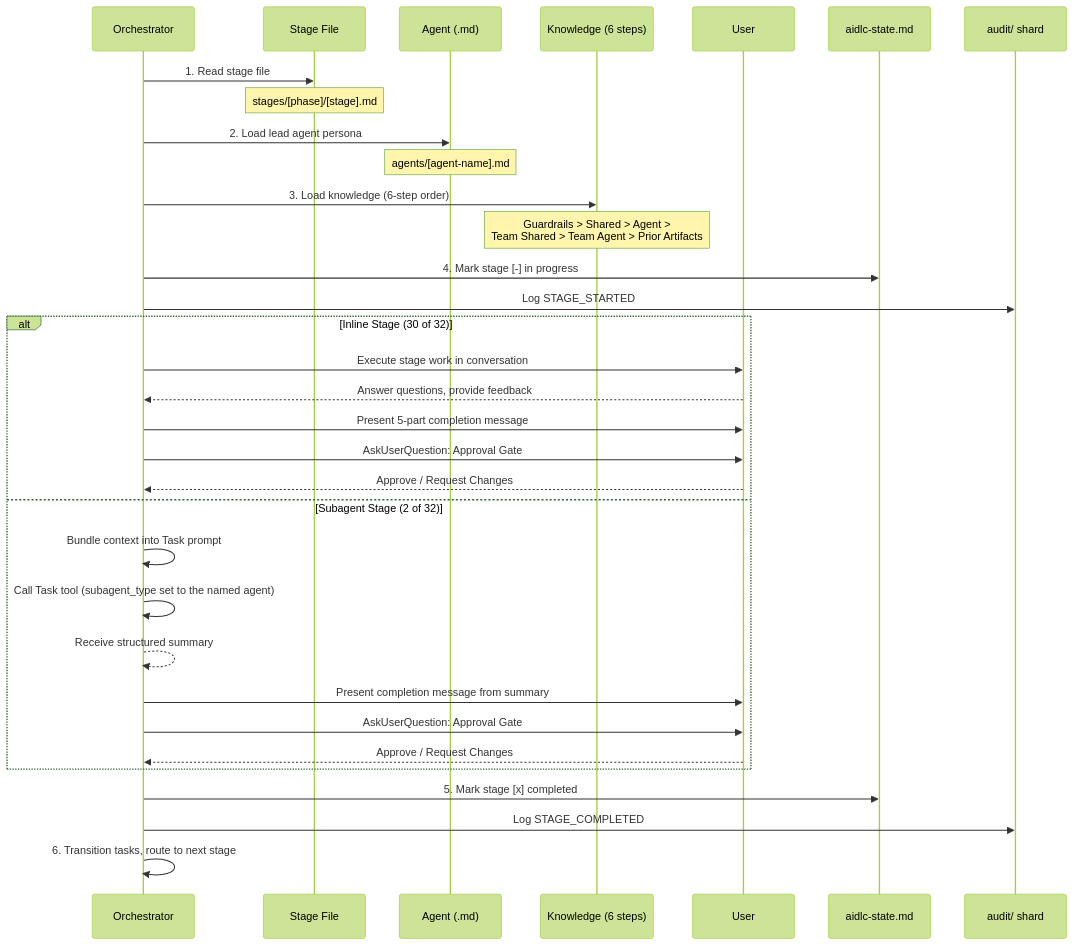
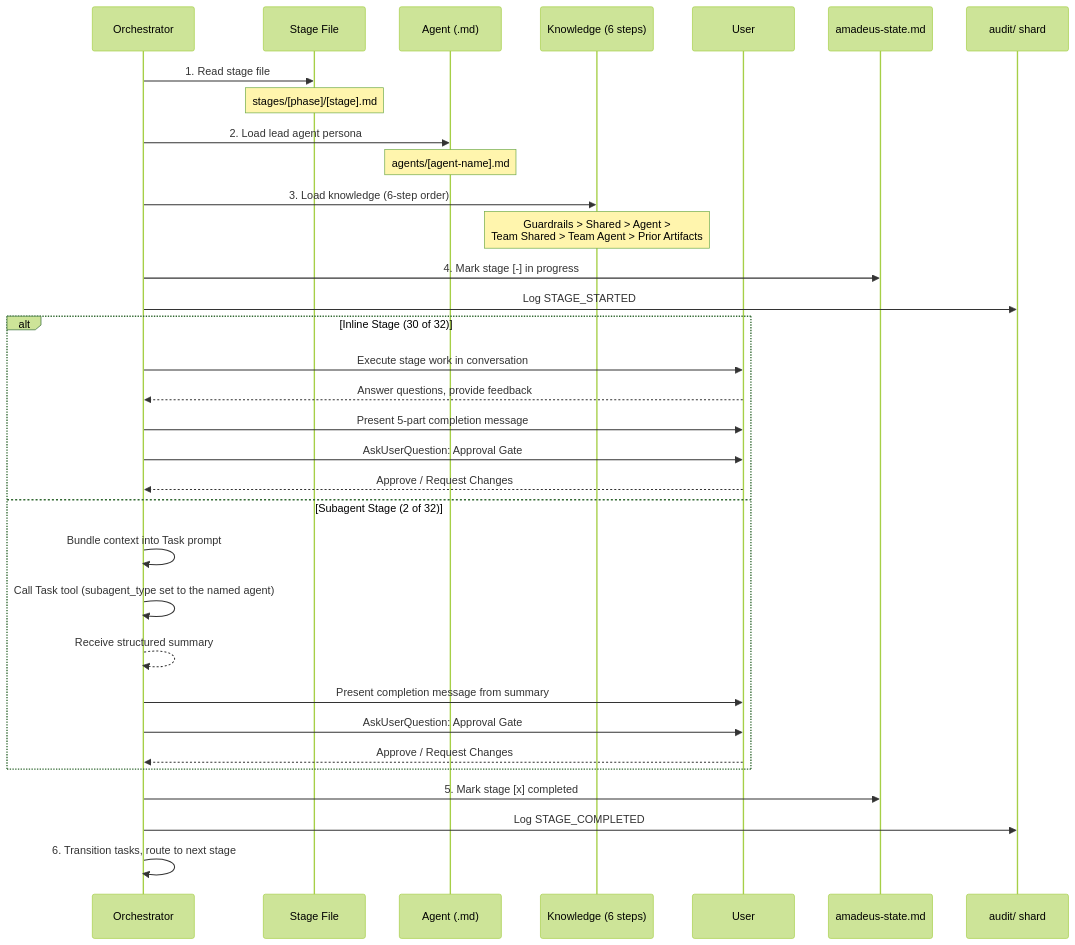
The second of 4 diagrams in docs/reference/03-orchestrator.md (amadeus-dlc/amadeus), drawn with Mermaid (forest theme) before and after one commit. The commit also changed other lines of this file and 855 other files, not shown here.

Commit message:
refactor: rename aidlc prefixes to amadeus

````diff
--- a/docs/reference/03-orchestrator.md
+++ b/docs/reference/03-orchestrator.md
@@ -306,41 +306,41 @@
 ```mermaid
 sequenceDiagram
     participant O as Orchestrator
     participant SF as Stage File
     participant A as Agent (.md)
     participant K as Knowledge (6 steps)
     participant U as User
-    participant S as aidlc-state.md
+    participant S as amadeus-state.md
     participant AU as audit/ shard
 
     O->>SF: 1. Read stage file
     Note over SF: stages/[phase]/[stage].md
 
     O->>A: 2. Load lead agent persona
     Note over A: agents/[agent-name].md
 
     O->>K: 3. Load knowledge (6-step order)
     Note over K: Guardrails > Shared > Agent ><br/>Team Shared > Team Agent > Prior Artifacts
 
     O->>S: 4. Mark stage [-] in progress
     O->>AU: Log STAGE_STARTED
 
     alt Inline Stage (30 of 32)
         O->>U: Execute stage work in conversation
         U-->>O: Answer questions, provide feedback
         O->>U: Present 5-part completion message
         O->>U: AskUserQuestion: Approval Gate
         U-->>O: Approve / Request Changes
     else Subagent Stage (2 of 32)
         O->>O: Bundle context into Task prompt
         O->>O: Call Task tool (subagent_type set to the named agent)
         O-->>O: Receive structured summary
         O->>U: Present completion message from summary
         O->>U: AskUserQuestion: Approval Gate
         U-->>O: Approve / Request Changes
     end
 
     O->>S: 5. Mark stage [x] completed
     O->>AU: Log STAGE_COMPLETED
     O->>O: 6. Transition tasks, route to next stage
 ```
````
